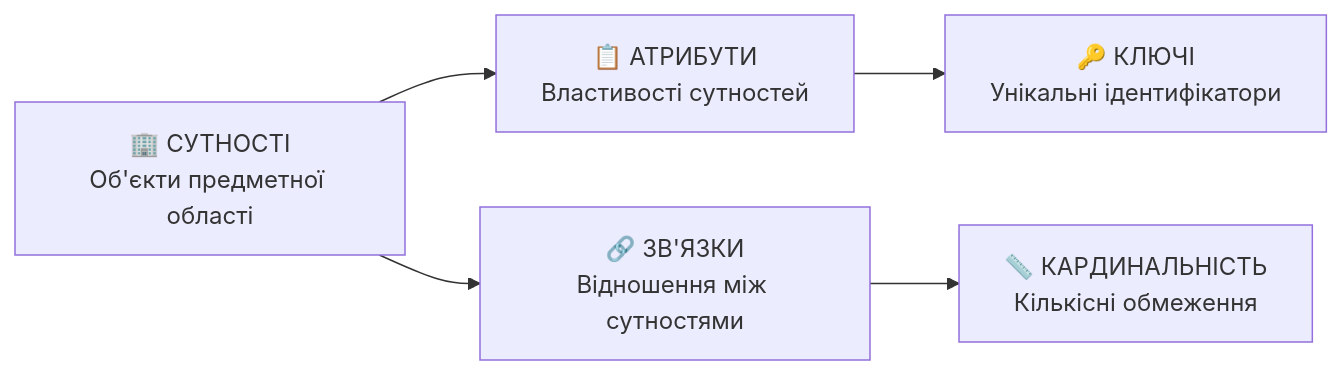
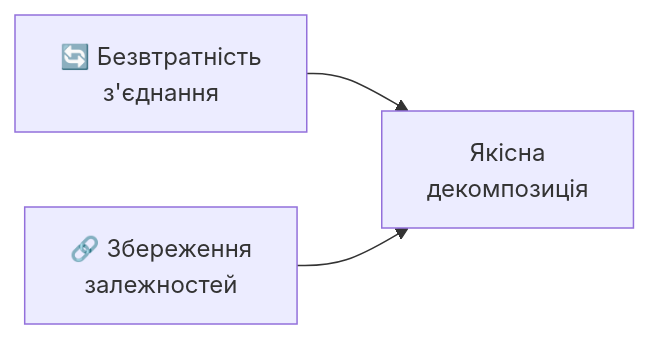
One commit to olroi421/course-bd changed the tenth of 14 diagrams in presentations/presentation-05.md. Above: the diagram before and after it, drawn with Mermaid. The commit also changed other lines of this file and 12 other files, not shown here.

````diff
--- a/presentations/presentation-05.md
+++ b/presentations/presentation-05.md
@@ -157,7 +481,5 @@
 ```mermaid
 graph LR
-    A[🏢 СУТНОСТІ<br/>Об'єкти предметної області] --> B[📋 АТРИБУТИ<br/>Властивості сутностей]
-    A --> C[🔗 ЗВ'ЯЗКИ<br/>Відношення між сутностями]
-    B --> D[🔑 КЛЮЧІ<br/>Унікальні ідентифікатори]
-    C --> E[📏 КАРДИНАЛЬНІСТЬ<br/>Кількісні обмеження]
+    A[🔄 Безвтратність<br/>з'єднання] --> C[Якісна<br/>декомпозиція]
+    B[🔗 Збереження<br/>залежностей] --> C
 ```
````
